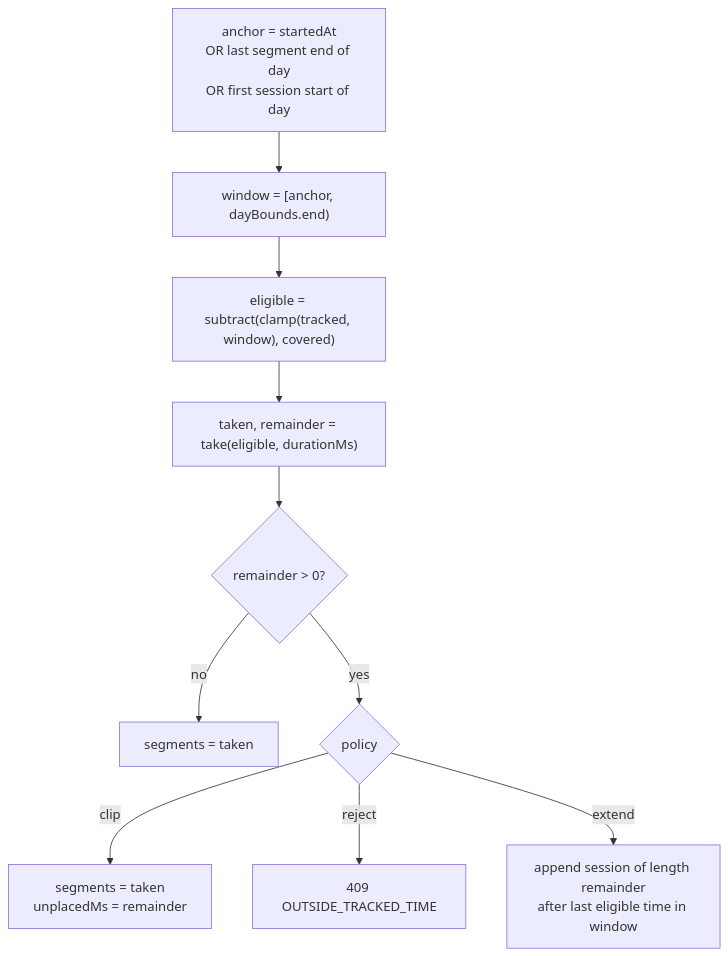
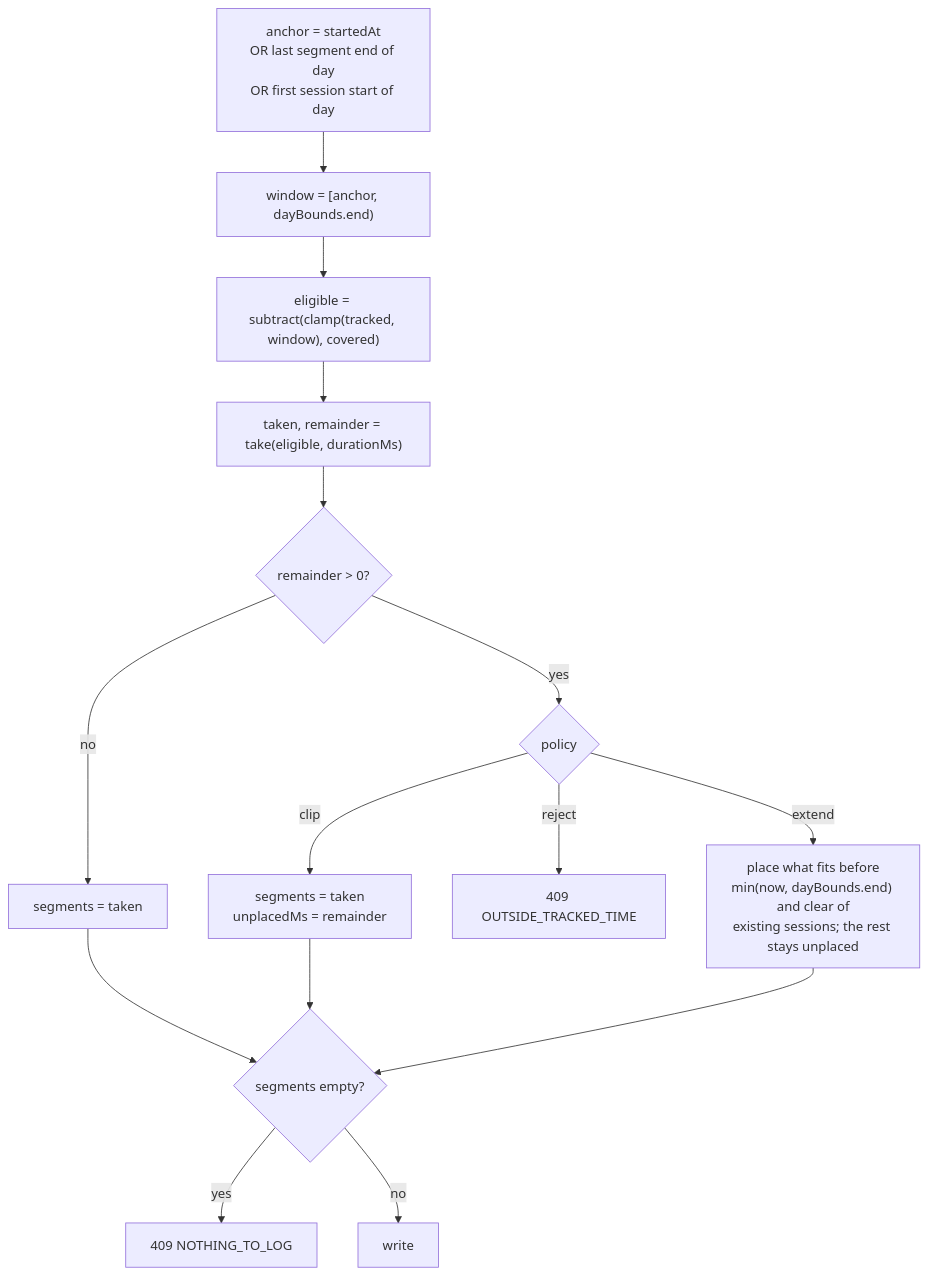
One commit to mjablecnik/WorkLog changed the fourth of 5 diagrams in .kiro/specs/001-worklog-domain-api/design.md. Above: the diagram before and after it, drawn with Mermaid. The commit also changed other lines of this file and 41 other files, not shown here.

````diff
--- a/.kiro/specs/001-worklog-domain-api/design.md
+++ b/.kiro/specs/001-worklog-domain-api/design.md
@@ -105,12 +106,17 @@
 ```mermaid
 flowchart TD
     A["anchor = startedAt<br/>OR last segment end of day<br/>OR first session start of day"] --> B["window = [anchor, dayBounds.end)"]
     B --> C["eligible = subtract(clamp(tracked, window), covered)"]
     C --> D["taken, remainder = take(eligible, durationMs)"]
     D --> E{remainder > 0?}
     E -->|no| F["segments = taken"]
     E -->|yes| G{policy}
     G -->|clip| H["segments = taken<br/>unplacedMs = remainder"]
     G -->|reject| I["409 OUTSIDE_TRACKED_TIME"]
-    G -->|extend| J["append session of length remainder<br/>after last eligible time in window"]
+    G -->|extend| J["place what fits before<br/>min(now, dayBounds.end) and clear of<br/>existing sessions; the rest stays unplaced"]
+    F --> K{"segments empty?"}
+    H --> K
+    J --> K
+    K -->|yes| L["409 NOTHING_TO_LOG"]
+    K -->|no| M["write"]
 ```
````
